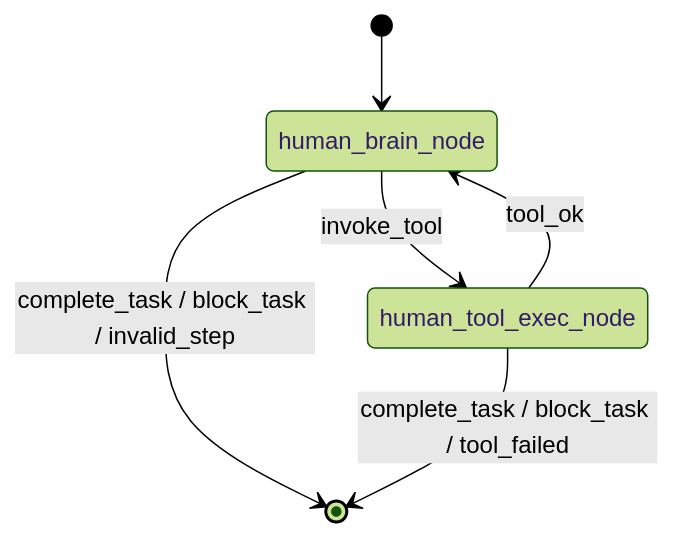
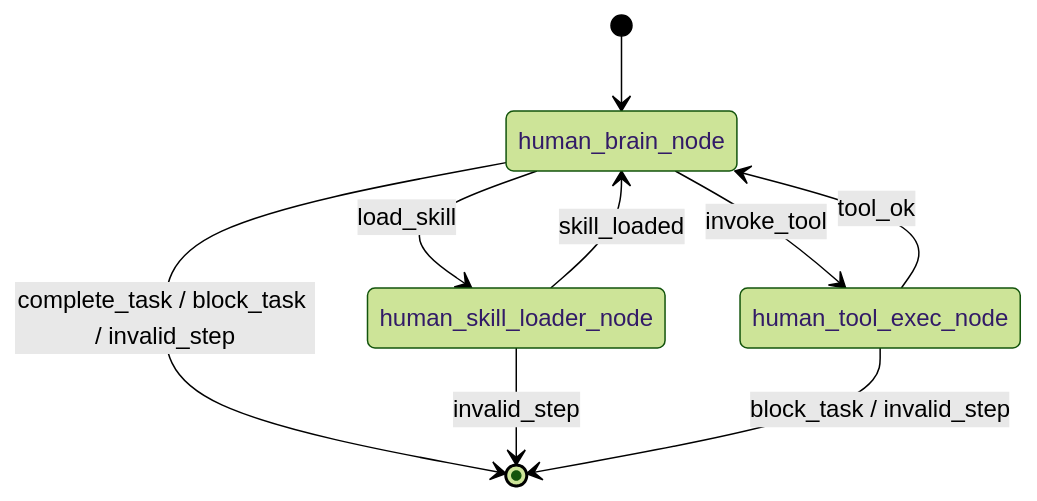
Before and after one commit to Yoan98/Ncurator: the third of 3 diagrams in doc/ai-architecture.md, drawn with Mermaid (forest theme). The commit also changed other lines of this file and 28 other files, not shown here.

Commit message:
设计 brain 驱动 skill 加载方案

````diff
--- a/doc/ai-architecture.md
+++ b/doc/ai-architecture.md
@@ -78,8 +80,11 @@
 ```mermaid
 stateDiagram-v2
   [*] --> human_brain_node
+  human_brain_node --> human_skill_loader_node: load_skill
   human_brain_node --> human_tool_exec_node: invoke_tool
   human_brain_node --> [*]: complete_task / block_task / invalid_step
+  human_skill_loader_node --> human_brain_node: skill_loaded
+  human_skill_loader_node --> [*]: invalid_step
   human_tool_exec_node --> human_brain_node: tool_ok
-  human_tool_exec_node --> [*]: complete_task / block_task / tool_failed
+  human_tool_exec_node --> [*]: block_task / invalid_step
 ```
````
